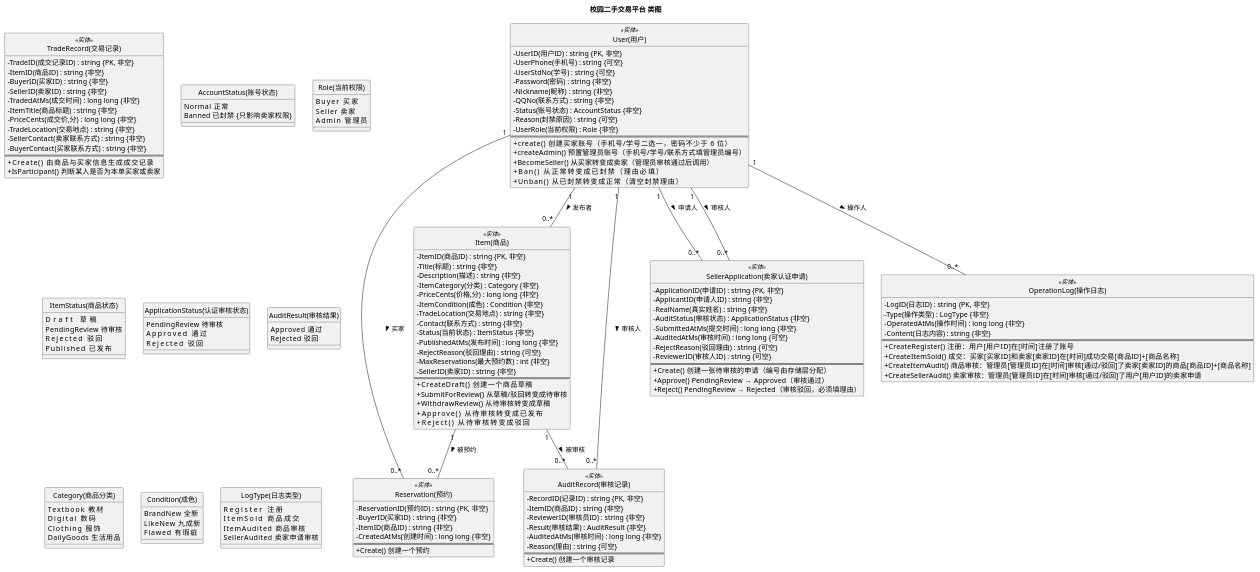
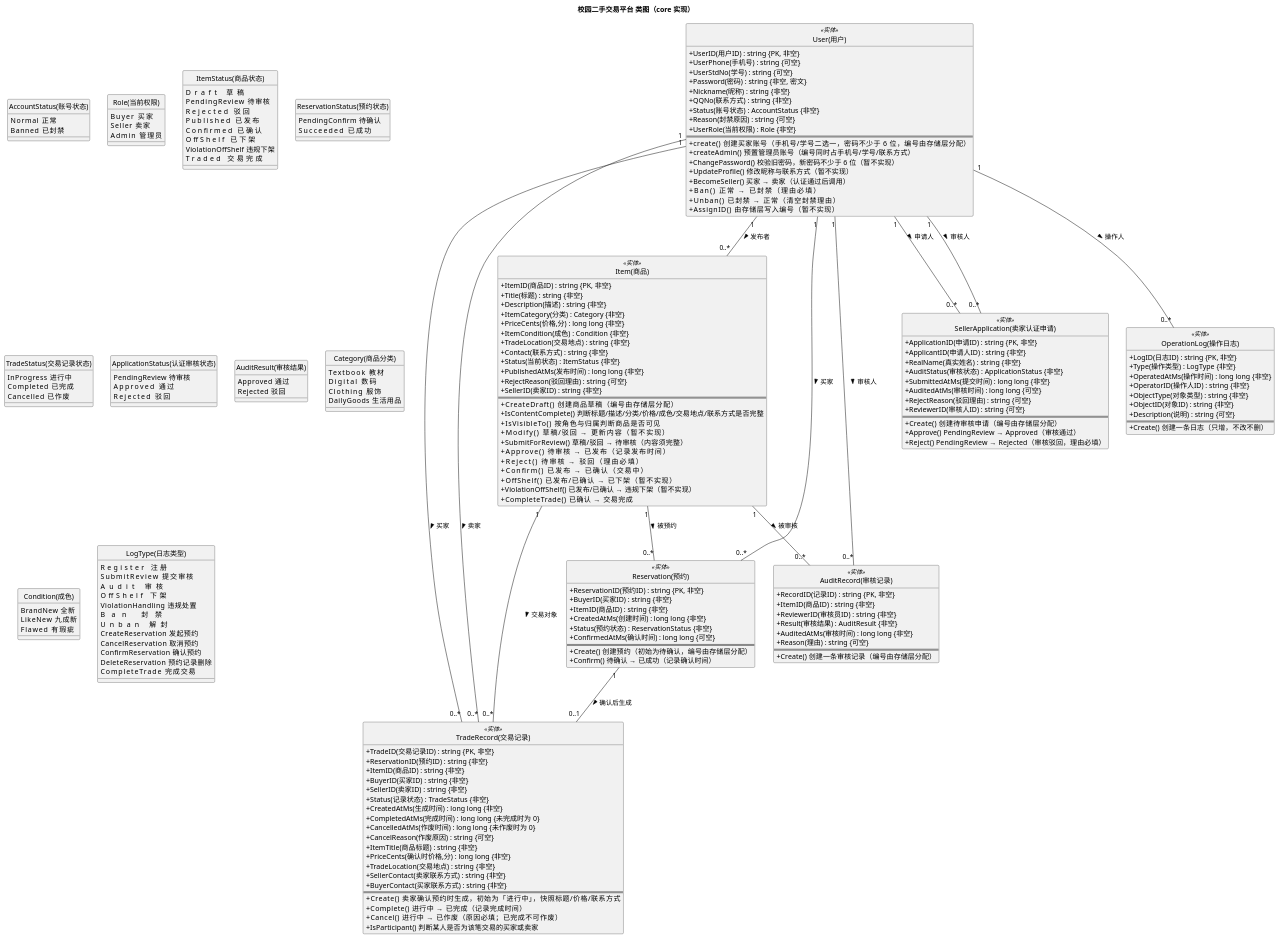
One commit to Zhong-Yufeng/SoftwareEngineering_Exp changed the diagram in CSHTP/UML类图.puml. Above: the diagram before and after it, drawn with PlantUML. The commit also changed 62 other files, not shown here.

```diff
--- a/CSHTP/UML类图.puml
+++ b/CSHTP/UML类图.puml
@@ -1,8 +1,8 @@
 @startuml UML类图
-' 校园二手交易平台 —— 类图
-' 依据：lab1/实验1_241220170_钟宇峰/requirements.md（REQ-001 ~ REQ-030）
+' 校园二手交易平台 —— core 实现类图
+' 依据：实验2 类图/状态图 + CSHTP/core 当前实现
 ' 属性名与 CSHTP/core 下的 C++ 字段保持一致
-title 校园二手交易平台 类图
+title 校园二手交易平台 类图（core 实现）
 
 skinparam classAttributeIconSize 0
 hide circle
@@ -11,113 +11,131 @@
 ' ============ 实体类 ============
 
 class "User(用户)" as User <<实体>> {
-  - UserID(用户ID) : string {PK, 非空}
-  - UserPhone(手机号) : string {可空}
-  - UserStdNo(学号) : string {可空}
-  - Password(密码) : string {非空}
-  - Nickname(昵称) : string {非空}
-  - QQNo(联系方式) : string {非空}
-  - Status(账号状态) : AccountStatus {非空}
-  - Reason(封禁原因) : string {可空}
-  - UserRole(当前权限) : Role {非空}
+  + UserID(用户ID) : string {PK, 非空}
+  + UserPhone(手机号) : string {可空}
+  + UserStdNo(学号) : string {可空}
+  + Password(密码) : string {非空, 密文}
+  + Nickname(昵称) : string {非空}
+  + QQNo(联系方式) : string {非空}
+  + Status(账号状态) : AccountStatus {非空}
+  + Reason(封禁原因) : string {可空}
+  + UserRole(当前权限) : Role {非空}
   ==
-  + create()          创建买家账号（手机号/学号二选一，密码不少于 6 位）
-  + createAdmin()     预置管理员账号（手机号/学号/联系方式填管理员编号）
-  + BecomeSeller()    从买家转变成卖家（管理员审核通过后调用）
-  + Ban()             从正常转变成已封禁（理由必填）
-  + Unban()           从已封禁转变成正常（清空封禁理由）
+  + create()          创建买家账号（手机号/学号二选一，密码不少于 6 位，编号由存储层分配）
+  + createAdmin()     预置管理员账号（编号同时占手机号/学号/联系方式）
+  + ChangePassword()  校验旧密码，新密码不少于 6 位（暂不实现）
+  + UpdateProfile()   修改昵称与联系方式（暂不实现）
+  + BecomeSeller()    买家 → 卖家（认证通过后调用）
+  + Ban()             正常 → 已封禁（理由必填）
+  + Unban()           已封禁 → 正常（清空封禁理由）
+  + AssignID()        由存储层写入编号（暂不实现）
 }
 
 class "Item(商品)" as Item <<实体>> {
-  - ItemID(商品ID) : string {PK, 非空}
-  - Title(标题) : string {非空}
-  - Description(描述) : string {非空}
-  - ItemCategory(分类) : Category {非空}
-  - PriceCents(价格,分) : long long {非空}
-  - ItemCondition(成色) : Condition {非空}
-  - TradeLocation(交易地点) : string {非空}
-  - Contact(联系方式) : string {非空}
-  - Status(当前状态) : ItemStatus {非空}
-  - PublishedAtMs(发布时间) : long long {非空}
-  - RejectReason(驳回理由) : string {可空}
-  - MaxReservations(最大预约数) : int {非空}
-  - SellerID(卖家ID) : string {非空}
+  + ItemID(商品ID) : string {PK, 非空}
+  + Title(标题) : string {非空}
+  + Description(描述) : string {非空}
+  + ItemCategory(分类) : Category {非空}
+  + PriceCents(价格,分) : long long {非空}
+  + ItemCondition(成色) : Condition {非空}
+  + TradeLocation(交易地点) : string {非空}
+  + Contact(联系方式) : string {非空}
+  + Status(当前状态) : ItemStatus {非空}
+  + PublishedAtMs(发布时间) : long long {非空}
+  + RejectReason(驳回理由) : string {可空}
+  + SellerID(卖家ID) : string {非空}
   ==
-  + CreateDraft()       创建一个商品草稿
-  + SubmitForReview()   从草稿/驳回转变成待审核
-  + WithdrawReview()    从待审核转变成草稿
-  + Approve()           从待审核转变成已发布
-  + Reject()            从待审核转变成驳回
+  + CreateDraft()          创建商品草稿（编号由存储层分配）
+  + IsContentComplete()    判断标题/描述/分类/价格/成色/交易地点/联系方式是否完整
+  + IsVisibleTo()          按角色与归属判断商品是否可见
+  + Modify()               草稿/驳回 → 更新内容（暂不实现）
+  + SubmitForReview()      草稿/驳回 → 待审核（内容须完整）
+  + Approve()              待审核 → 已发布（记录发布时间）
+  + Reject()               待审核 → 驳回（理由必填）
+  + Confirm()              已发布 → 已确认（交易中）
+  + OffShelf()             已发布/已确认 → 已下架（暂不实现）
+  + ViolationOffShelf()    已发布/已确认 → 违规下架（暂不实现）
+  + CompleteTrade()        已确认 → 交易完成
 }
 
 class "Reservation(预约)" as Reservation <<实体>> {
-  - ReservationID(预约ID) : string {PK, 非空}
-  - BuyerID(买家ID) : string {非空}
-  - ItemID(商品ID) : string {非空}
-  - CreatedAtMs(创建时间) : long long {非空}
+  + ReservationID(预约ID) : string {PK, 非空}
+  + BuyerID(买家ID) : string {非空}
+  + ItemID(商品ID) : string {非空}
+  + CreatedAtMs(创建时间) : long long {非空}
+  + Status(预约状态) : ReservationStatus {非空}
+  + ConfirmedAtMs(确认时间) : long long {可空}
   ==
-  + Create() 创建一个预约
+  + Create()   创建预约（初始为待确认，编号由存储层分配）
+  + Confirm()  待确认 → 已成功（记录确认时间）
 }
 
 class "TradeRecord(交易记录)" as TradeRecord <<实体>> {
-  - TradeID(成交记录ID) : string {PK, 非空}
-  - ItemID(商品ID) : string {非空}
-  - BuyerID(买家ID) : string {非空}
-  - SellerID(卖家ID) : string {非空}
-  - TradedAtMs(成交时间) : long long {非空}
-  - ItemTitle(商品标题) : string {非空}
-  - PriceCents(成交价,分) : long long {非空}
-  - TradeLocation(交易地点) : string {非空}
-  - SellerContact(卖家联系方式) : string {非空}
-  - BuyerContact(买家联系方式) : string {非空}
+  + TradeID(交易记录ID) : string {PK, 非空}
+  + ReservationID(预约ID) : string {非空}
+  + ItemID(商品ID) : string {非空}
+  + BuyerID(买家ID) : string {非空}
+  + SellerID(卖家ID) : string {非空}
+  + Status(记录状态) : TradeStatus {非空}
+  + CreatedAtMs(生成时间) : long long {非空}
+  + CompletedAtMs(完成时间) : long long {未完成时为 0}
+  + CancelledAtMs(作废时间) : long long {未作废时为 0}
+  + CancelReason(作废原因) : string {可空}
+  + ItemTitle(商品标题) : string {非空}
+  + PriceCents(确认时价格,分) : long long {非空}
+  + TradeLocation(交易地点) : string {非空}
+  + SellerContact(卖家联系方式) : string {非空}
+  + BuyerContact(买家联系方式) : string {非空}
   ==
-  + Create()          由商品与买家信息生成成交记录
-  + IsParticipant()   判断某人是否为本单买家或卖家
+  + Create()         卖家确认预约时生成，初始为「进行中」，快照标题/价格/联系方式
+  + Complete()       进行中 → 已完成（记录完成时间）
+  + Cancel()         进行中 → 已作废（原因必填；已完成不可作废）
+  + IsParticipant()  判断某人是否为该笔交易的买家或卖家
 }
 
 class "SellerApplication(卖家认证申请)" as SellerApplication <<实体>> {
-  - ApplicationID(申请ID) : string {PK, 非空}
-  - ApplicantID(申请人ID) : string {非空}
-  - RealName(真实姓名) : string {非空}
-  - AuditStatus(审核状态) : ApplicationStatus {非空}
-  - SubmittedAtMs(提交时间) : long long {非空}
-  - AuditedAtMs(审核时间) : long long {可空}
-  - RejectReason(驳回理由) : string {可空}
-  - ReviewerID(审核人ID) : string {可空}
+  + ApplicationID(申请ID) : string {PK, 非空}
+  + ApplicantID(申请人ID) : string {非空}
+  + RealName(真实姓名) : string {非空}
+  + AuditStatus(审核状态) : ApplicationStatus {非空}
+  + SubmittedAtMs(提交时间) : long long {非空}
+  + AuditedAtMs(审核时间) : long long {可空}
+  + RejectReason(驳回理由) : string {可空}
+  + ReviewerID(审核人ID) : string {可空}
   ==
-  + Create()    创建一张待审核的申请（编号由存储层分配）
+  + Create()    创建待审核申请（编号由存储层分配）
   + Approve()   PendingReview → Approved（审核通过）
-  + Reject()    PendingReview → Rejected（审核驳回，必须填理由）
+  + Reject()    PendingReview → Rejected（审核驳回，理由必填）
 }
 
 class "AuditRecord(审核记录)" as AuditRecord <<实体>> {
-  - RecordID(记录ID) : string {PK, 非空}
-  - ItemID(商品ID) : string {非空}
-  - ReviewerID(审核员ID) : string {非空}
-  - Result(审核结果) : AuditResult {非空}
-  - AuditedAtMs(审核时间) : long long {非空}
-  - Reason(理由) : string {可空}
+  + RecordID(记录ID) : string {PK, 非空}
+  + ItemID(商品ID) : string {非空}
+  + ReviewerID(审核员ID) : string {非空}
+  + Result(审核结果) : AuditResult {非空}
+  + AuditedAtMs(审核时间) : long long {非空}
+  + Reason(理由) : string {可空}
   ==
-  + Create() 创建一个审核记录
+  + Create()  创建一条审核记录（编号由存储层分配）
 }
 
 class "OperationLog(操作日志)" as OperationLog <<实体>> {
-  - LogID(日志ID) : string {PK, 非空}
-  - Type(操作类型) : LogType {非空}
-  - OperatedAtMs(操作时间) : long long {非空}
-  - Content(日志内容) : string {非空}
+  + LogID(日志ID) : string {PK, 非空}
+  + Type(操作类型) : LogType {非空}
+  + OperatedAtMs(操作时间) : long long {非空}
+  + OperatorID(操作人ID) : string {非空}
+  + ObjectType(对象类型) : string {非空}
+  + ObjectID(对象ID) : string {非空}
+  + Description(说明) : string {可空}
   ==
-  + CreateRegister()      注册：用户[用户ID]在[时间]注册了账号
-  + CreateItemSold()      成交：买家[买家ID]和卖家[卖家ID]在[时间]成功交易[商品ID]+[商品名称]
-  + CreateItemAudit()     商品审核：管理员[管理员ID]在[时间]审核[通过/驳回]了卖家[卖家ID]的商品[商品ID]+[商品名称]
-  + CreateSellerAudit()   卖家审核：管理员[管理员ID]在[时间]审核[通过/驳回]了用户[用户ID]的卖家申请
+  + Create()  创建一条日志（只增，不改不删）
 }
 
 ' ============ 枚举 ============
 
 enum "AccountStatus(账号状态)" as AccountStatus {
-  Normal   正常
-  Banned   已封禁 {只影响卖家权限}
+  Normal    正常
+  Banned    已封禁
 }
 
 enum "Role(当前权限)" as Role {
@@ -127,10 +145,25 @@
 }
 
 enum "ItemStatus(商品状态)" as ItemStatus {
-  Draft           草稿
-  PendingReview   待审核
-  Rejected        驳回
-  Published       已发布
+  Draft               草稿
+  PendingReview       待审核
+  Rejected            驳回
+  Published           已发布
+  Confirmed           已确认
+  OffShelf            已下架
+  ViolationOffShelf   违规下架
+  Traded              交易完成
+}
+
+enum "ReservationStatus(预约状态)" as ReservationStatus {
+  PendingConfirm    待确认
+  Succeeded         已成功
+}
+
+enum "TradeStatus(交易记录状态)" as TradeStatus {
+  InProgress    进行中
+  Completed     已完成
+  Cancelled     已作废
 }
 
 enum "ApplicationStatus(认证审核状态)" as ApplicationStatus {
@@ -158,10 +191,18 @@
 }
 
 enum "LogType(日志类型)" as LogType {
-  Register          注册
-  ItemSold          商品成交
-  ItemAudited       商品审核
-  SellerAudited     卖家申请审核
+  Register              注册
+  SubmitReview          提交审核
+  Audit                 审核
+  OffShelf              下架
+  ViolationHandling     违规处置
+  Ban                   封禁
+  Unban                 解封
+  CreateReservation     发起预约
+  CancelReservation     取消预约
+  ConfirmReservation    确认预约
+  DeleteReservation     预约记录删除
+  CompleteTrade         完成交易
 }
 
 ' ============ 关联关系 ============
@@ -169,11 +210,14 @@
 User "1" -- "0..*" Item : 发布者 >
 User "1" -- "0..*" Reservation : 买家 >
 Item "1" -- "0..*" Reservation : 被预约 >
+User "1" -- "0..*" TradeRecord : 买家 >
+User "1" -- "0..*" TradeRecord : 卖家 >
+Reservation "1" -- "0..1" TradeRecord : 确认后生成 >
+Item "1" -- "0..*" TradeRecord : 交易对象 >
 User "1" -- "0..*" SellerApplication : 申请人 >
 User "1" -- "0..*" SellerApplication : 审核人 >
 Item "1" -- "0..*" AuditRecord : 被审核 >
 User "1" -- "0..*" AuditRecord : 审核人 >
 User "1" -- "0..*" OperationLog : 操作人 >
 
-
 @enduml
```
